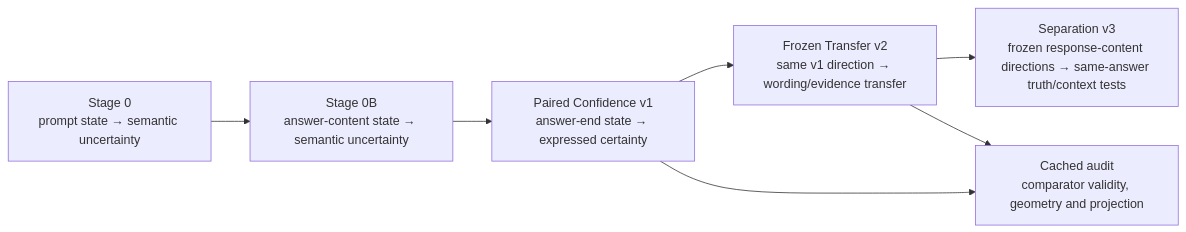
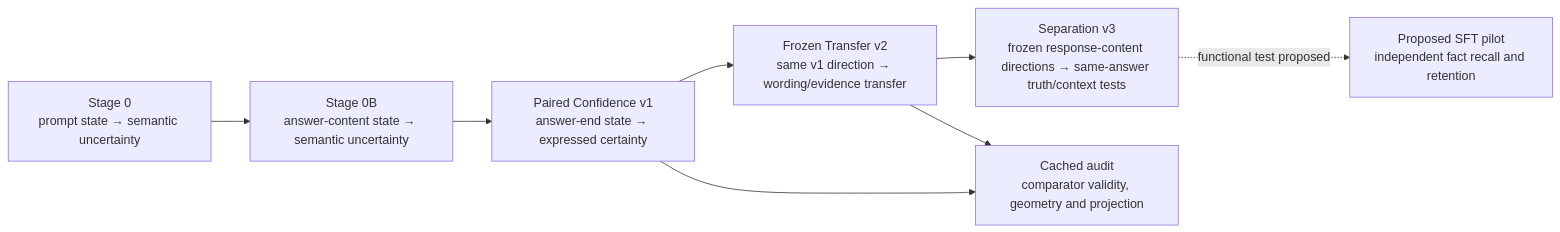
One commit to WenyiJin2003/mechanistic-confidence-sdt changed the diagram in docs/experiments/EXPERIMENT_MAP.md. Above: the diagram before and after it, drawn with Mermaid. The commit also changed other lines of this file and 6 other files, not shown here.

````diff
--- a/docs/experiments/EXPERIMENT_MAP.md
+++ b/docs/experiments/EXPERIMENT_MAP.md
@@ -96,15 +104,17 @@
 ```mermaid
 flowchart LR
     S0["Stage 0<br/>prompt state → semantic uncertainty"]
     S0B["Stage 0B<br/>answer-content state → semantic uncertainty"]
     V1["Paired Confidence v1<br/>answer-end state → expressed certainty"]
     V2["Frozen Transfer v2<br/>same v1 direction → wording/evidence transfer"]
     V3["Separation v3<br/>frozen response-content directions → same-answer truth/context tests"]
     Audit["Cached audit<br/>comparator validity, geometry and projection"]
+    Train["Proposed SFT pilot<br/>independent fact recall and retention"]
     S0 --> S0B
     S0B --> V1
     V1 --> V2
     V2 --> V3
     V1 --> Audit
     V2 --> Audit
+    V3 -. "functional test proposed" .-> Train
 ```
````
